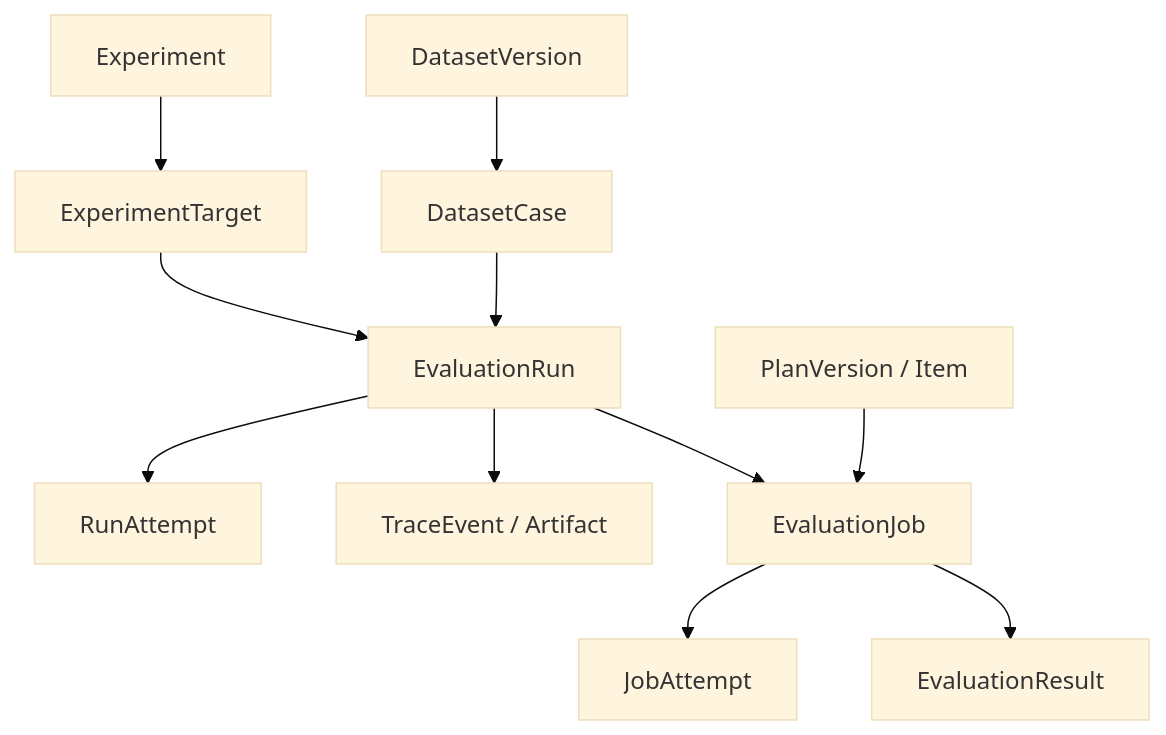
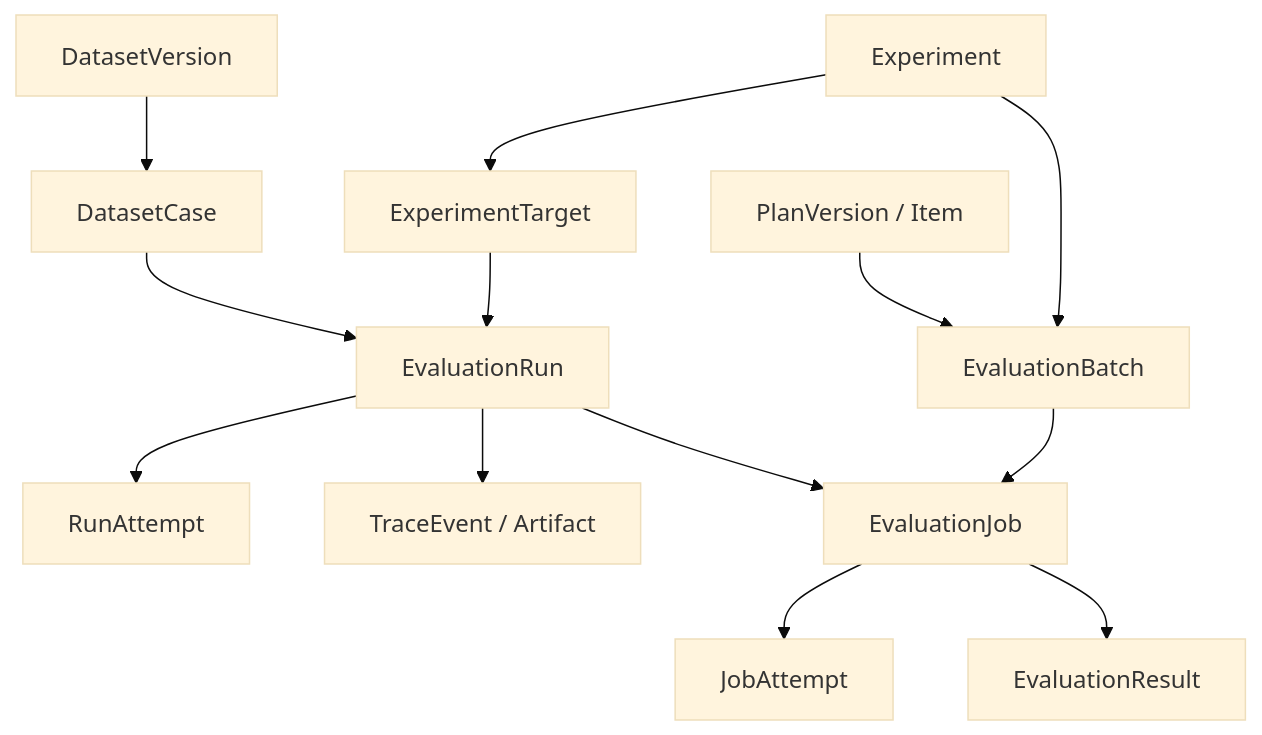
One commit to goodddGrades/RepoPilot changed the diagram in docs/architecture/02-domain-model.md. Above: the diagram before and after it, drawn with Mermaid (base theme). The commit also changed other lines of this file and 8 other files, not shown here.

````diff
--- a/docs/architecture/02-domain-model.md
+++ b/docs/architecture/02-domain-model.md
@@ -5,13 +5,15 @@
 ```mermaid
 flowchart TD
   D["DatasetVersion"] --> C["DatasetCase"]
   X["Experiment"] --> T["ExperimentTarget"]
+  X --> B["EvaluationBatch"]
   T --> R["EvaluationRun"]
   C --> R
   R --> A["RunAttempt"]
   R --> E["TraceEvent / Artifact"]
-  R --> J["EvaluationJob"]
-  P["PlanVersion / Item"] --> J
+  P["PlanVersion / Item"] --> B
+  B --> J["EvaluationJob"]
+  R --> J
   J --> JA["JobAttempt"]
   J --> V["EvaluationResult"]
 ```
````
